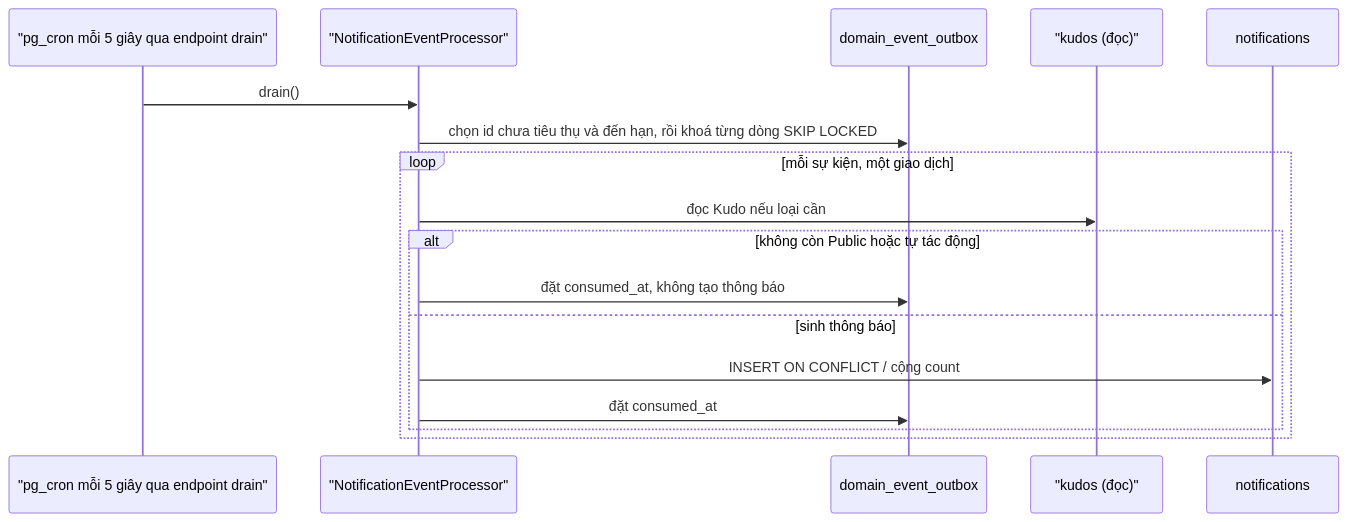
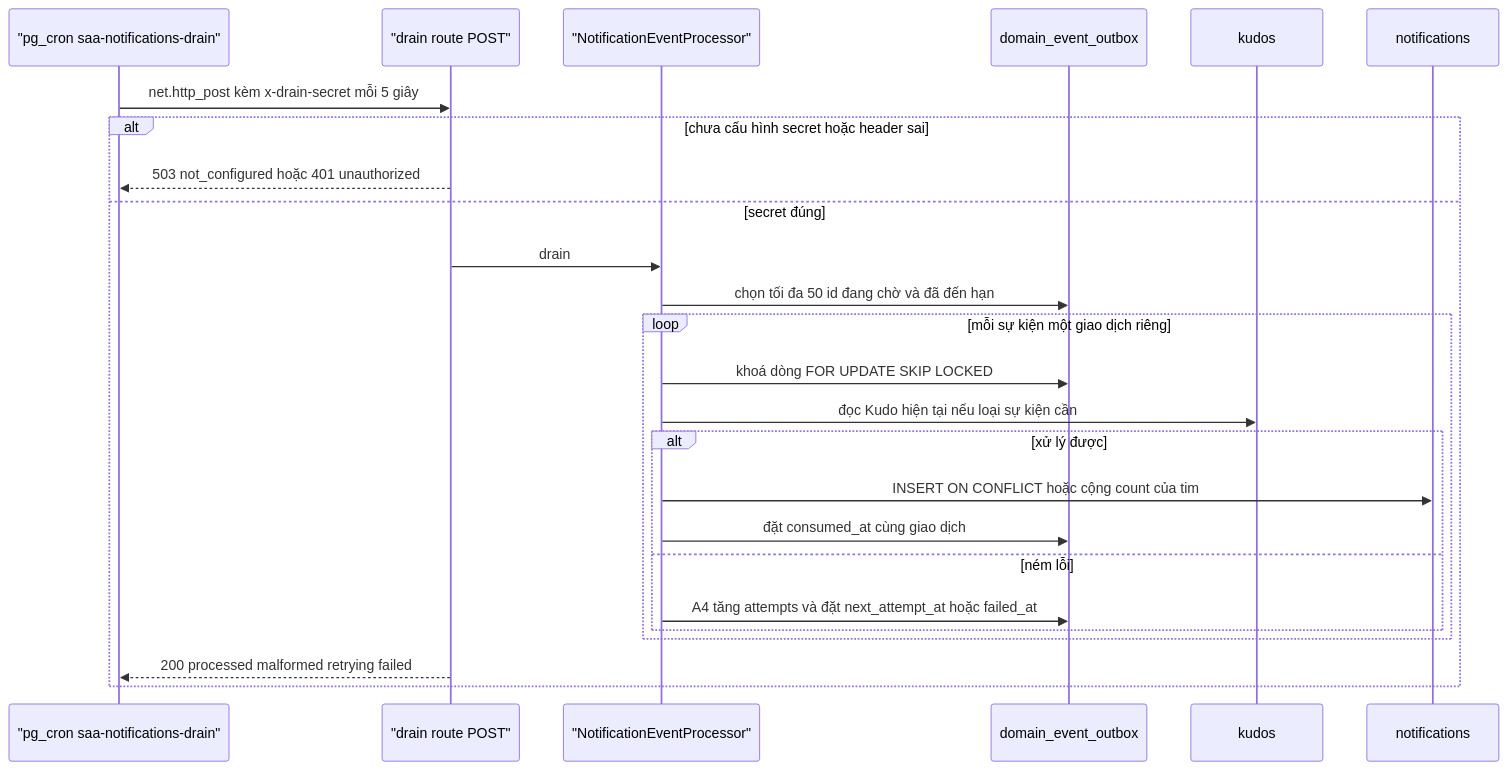
The second of 8 diagrams in docs/features/F013_Notifications/technical-spec.md (hailv-3571/agentic-coding-hands-on), drawn with Mermaid before and after one commit. The commit also changed other lines of this file and 152 other files, not shown here.

````diff
--- a/docs/features/F013_Notifications/technical-spec.md
+++ b/docs/features/F013_Notifications/technical-spec.md
@@ -87,19 +75,28 @@
 ```mermaid
 sequenceDiagram
-    participant J as "pg_cron mỗi 5 giây qua endpoint drain"
+    participant C as "pg_cron saa-notifications-drain"
+    participant R as "drain route POST"
     participant P as "NotificationEventProcessor"
     participant O as domain_event_outbox
-    participant K as "kudos (đọc)"
+    participant K as kudos
     participant N as notifications
-    J->>P: drain()
-    P->>O: chọn id chưa tiêu thụ và đến hạn, rồi khoá từng dòng SKIP LOCKED
-    loop mỗi sự kiện, một giao dịch
-        P->>K: đọc Kudo nếu loại cần
-        alt không còn Public hoặc tự tác động
-            P->>O: đặt consumed_at, không tạo thông báo
-        else sinh thông báo
-            P->>N: INSERT ON CONFLICT / cộng count
-            P->>O: đặt consumed_at
+
+    C->>R: net.http_post kèm x-drain-secret mỗi 5 giây
+    alt chưa cấu hình secret hoặc header sai
+        R-->>C: 503 not_configured hoặc 401 unauthorized
+    else secret đúng
+        R->>P: drain
+        P->>O: chọn tối đa 50 id đang chờ và đã đến hạn
+        loop mỗi sự kiện một giao dịch riêng
+            P->>O: khoá dòng FOR UPDATE SKIP LOCKED
+            P->>K: đọc Kudo hiện tại nếu loại sự kiện cần
+            alt xử lý được
+                P->>N: INSERT ON CONFLICT hoặc cộng count của tim
+                P->>O: đặt consumed_at cùng giao dịch
+            else ném lỗi
+                P->>O: A4 tăng attempts và đặt next_attempt_at hoặc failed_at
+            end
         end
+        R-->>C: 200 processed malformed retrying failed
     end
 ```
````
